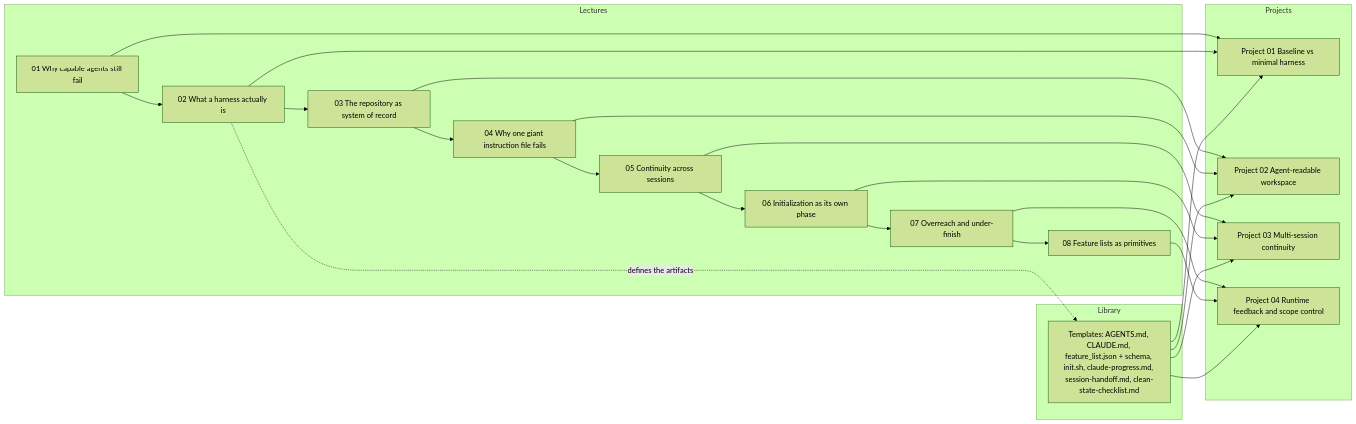
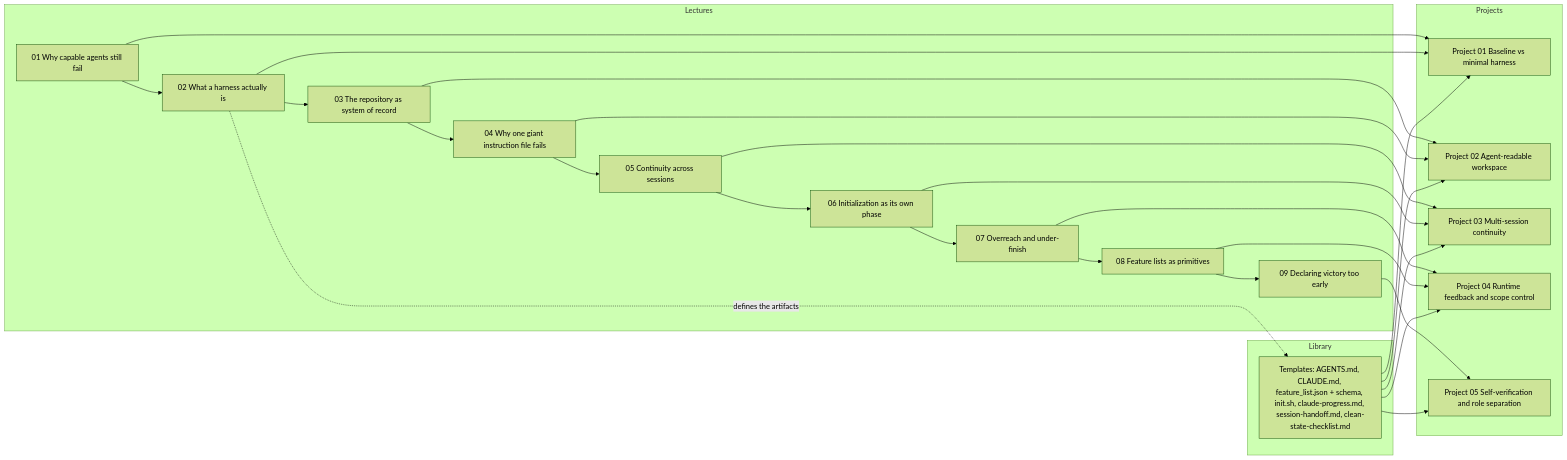
One commit to ANI-IN/harness-engineering-session changed the diagram in docs/curriculum-map.md. Above: the diagram before and after it, drawn with Mermaid (forest theme). The commit also changed other lines of this file and 83 other files, not shown here.

First line of the commit message:
Add lecture 09: why agents declare victory too early

````diff
--- a/docs/curriculum-map.md
+++ b/docs/curriculum-map.md
@@ -14,47 +13,52 @@
 ```mermaid
 flowchart LR
   subgraph Lectures
     L01["01 Why capable agents still fail"]
     L02["02 What a harness actually is"]
     L03["03 The repository as system of record"]
     L04["04 Why one giant instruction file fails"]
     L05["05 Continuity across sessions"]
     L06["06 Initialization as its own phase"]
     L07["07 Overreach and under-finish"]
     L08["08 Feature lists as primitives"]
+    L09["09 Declaring victory too early"]
   end
 
   subgraph Projects
     P01["Project 01 Baseline vs minimal harness"]
     P02["Project 02 Agent-readable workspace"]
     P03["Project 03 Multi-session continuity"]
     P04["Project 04 Runtime feedback and scope control"]
+    P05["Project 05 Self-verification and role separation"]
   end
 
   subgraph Library
     T["Templates: AGENTS.md, CLAUDE.md, feature_list.json + schema, init.sh, claude-progress.md, session-handoff.md, clean-state-checklist.md"]
   end
 
   L01 --> L02
   L02 --> L03
   L03 --> L04
   L04 --> L05
   L05 --> L06
   L06 --> L07
   L07 --> L08
+  L08 --> L09
 
   L01 --> P01
   L02 --> P01
   L03 --> P02
   L04 --> P02
   L05 --> P03
   L06 --> P03
   L07 --> P04
   L08 --> P04
+  L09 --> P05
 
   T --> P01
   T --> P02
   T --> P03
   T --> P04
+  T --> P05
   L02 -. "defines the artifacts" .-> T
 ```
````
